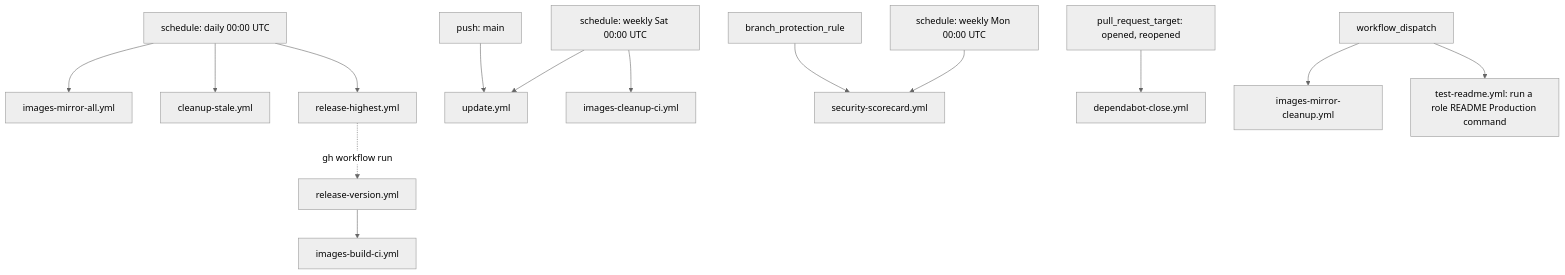
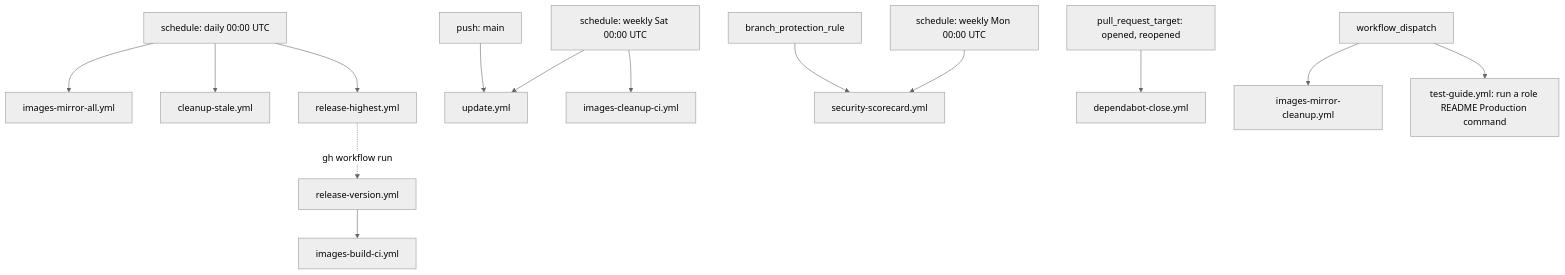
The third of 3 diagrams in .github/workflows/README.md (AlejandroRomanIbanez/infinito-nexus), drawn with Mermaid (neutral theme) before and after one commit. The commit also changed other lines of this file and 6 other files, not shown here.

First line of the commit message:
refactor(ci): rebrand the deploy plan as Plan and the README test as Guide

````diff
--- a/.github/workflows/README.md
+++ b/.github/workflows/README.md
@@ -113,17 +113,17 @@
 ```mermaid
 flowchart TB
     daily["schedule: daily 00:00 UTC"] --> mirrorall["images-mirror-all.yml"]
     daily --> stale["cleanup-stale.yml"]
     daily --> relhighest["release-highest.yml"]
     weekly["schedule: weekly Sat 00:00 UTC"] --> updatewf["update.yml"]
     weekly --> cleanupci["images-cleanup-ci.yml"]
     weeklymon["schedule: weekly Mon 00:00 UTC"] --> scorecard["security-scorecard.yml"]
     branchprot["branch_protection_rule"] --> scorecard
     pushmain["push: main"] --> updatewf
     prtarget["pull_request_target: opened, reopened"] --> depclose["dependabot-close.yml"]
 
     relhighest -.->|"gh workflow run"| relver["release-version.yml"]
     relver --> imgbuildci["images-build-ci.yml"]
     manual["workflow_dispatch"] --> mirrorcleanup["images-mirror-cleanup.yml"]
-    manual --> deploywf["test-readme.yml: run a role README Production command"]
+    manual --> deploywf["test-guide.yml: run a role README Production command"]
 ```
````
